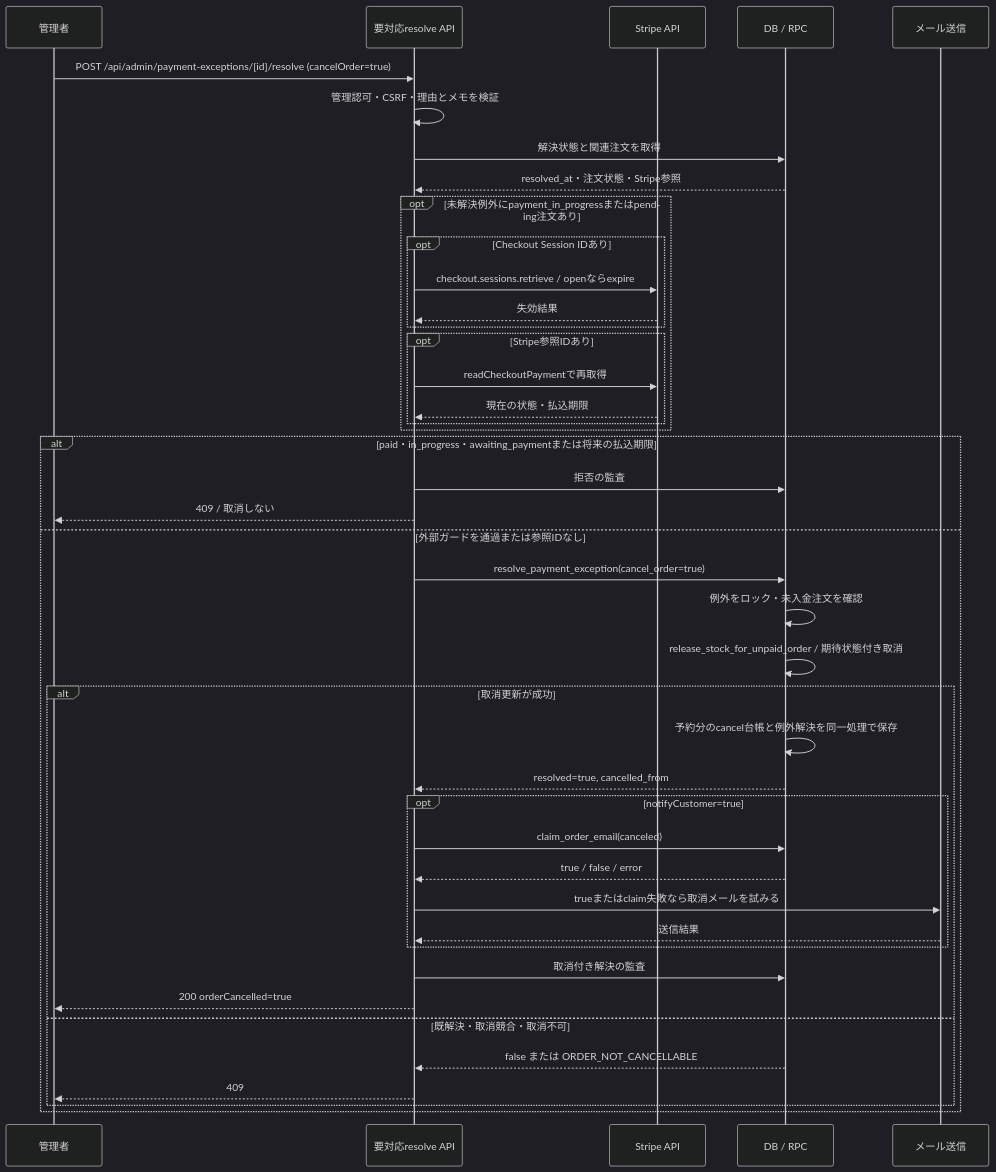
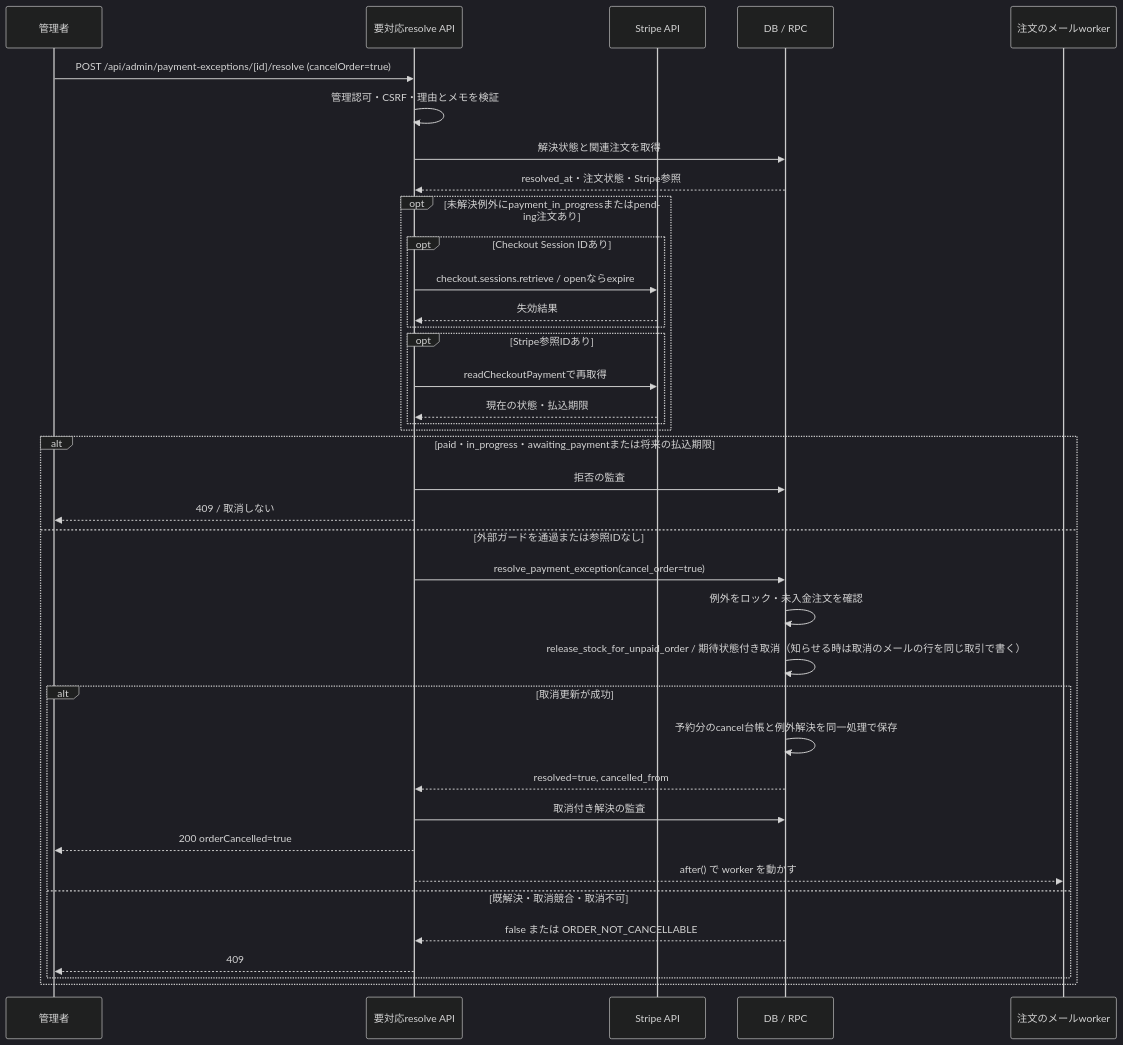
Before and after one commit to ChocoWork/o_official: the fifth of 5 diagrams in docs/04_DetailDesign/sequence/order-administration.md, drawn with Mermaid (dark theme). The commit also changed other lines of this file and 15 other files, not shown here.

````diff
--- a/docs/04_DetailDesign/sequence/order-administration.md
+++ b/docs/04_DetailDesign/sequence/order-administration.md
@@ -222,45 +218,40 @@
 ```mermaid
 sequenceDiagram
     participant Admin as 管理者
     participant API as 要対応resolve API
     participant Stripe as Stripe API
     participant DB as DB / RPC
-    participant Mail as メール送信
+    participant Mail as 注文のメールworker
     Admin->>API: POST /api/admin/payment-exceptions/[id]/resolve (cancelOrder=true)
     API->>API: 管理認可・CSRF・理由とメモを検証
     API->>DB: 解決状態と関連注文を取得
     DB-->>API: resolved_at・注文状態・Stripe参照
     opt 未解決例外にpayment_in_progressまたはpending注文あり
         opt Checkout Session IDあり
             API->>Stripe: checkout.sessions.retrieve / openならexpire
             Stripe-->>API: 失効結果
         end
         opt Stripe参照IDあり
             API->>Stripe: readCheckoutPaymentで再取得
             Stripe-->>API: 現在の状態・払込期限
         end
     end
     alt paid・in_progress・awaiting_paymentまたは将来の払込期限
         API->>DB: 拒否の監査
         API-->>Admin: 409 / 取消しない
     else 外部ガードを通過または参照IDなし
         API->>DB: resolve_payment_exception(cancel_order=true)
         DB->>DB: 例外をロック・未入金注文を確認
-        DB->>DB: release_stock_for_unpaid_order / 期待状態付き取消
+        DB->>DB: release_stock_for_unpaid_order / 期待状態付き取消（知らせる時は取消のメールの行を同じ取引で書く）
         alt 取消更新が成功
             DB->>DB: 予約分のcancel台帳と例外解決を同一処理で保存
             DB-->>API: resolved=true, cancelled_from
-            opt notifyCustomer=true
-                API->>DB: claim_order_email(canceled)
-                DB-->>API: true / false / error
-                API->>Mail: trueまたはclaim失敗なら取消メールを試みる
-                Mail-->>API: 送信結果
-            end
             API->>DB: 取消付き解決の監査
             API-->>Admin: 200 orderCancelled=true
+            API-->>Mail: after() で worker を動かす
         else 既解決・取消競合・取消不可
             DB-->>API: false または ORDER_NOT_CANCELLABLE
             API-->>Admin: 409
         end
     end
 ```
````
